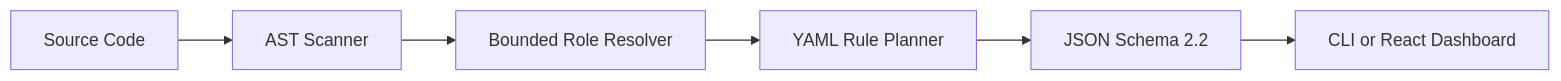
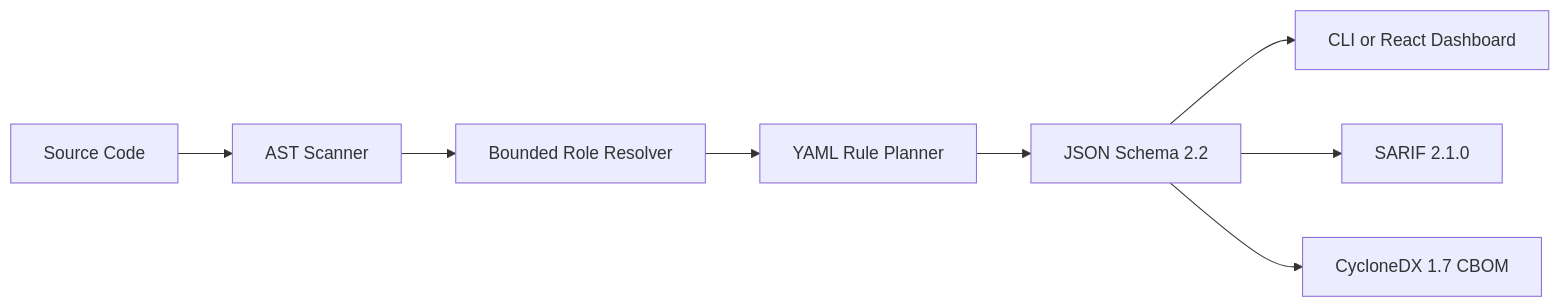
Before and after one commit to Ratneshp1122/PQMigrate: the diagram in README.md, drawn with Mermaid. The commit also changed other lines of this file and 18 other files, not shown here.

Commit message:
feat: add validated SARIF and CBOM exports

````diff
--- a/README.md
+++ b/README.md
@@ -25,8 +26,10 @@
 ```mermaid
 graph LR
     A[Source Code] --> B[AST Scanner]
     B --> C[Bounded Role Resolver]
     C --> D[YAML Rule Planner]
     D --> E[JSON Schema 2.2]
     E --> F[CLI or React Dashboard]
+    E --> G[SARIF 2.1.0]
+    E --> H[CycloneDX 1.7 CBOM]
 ```
````
